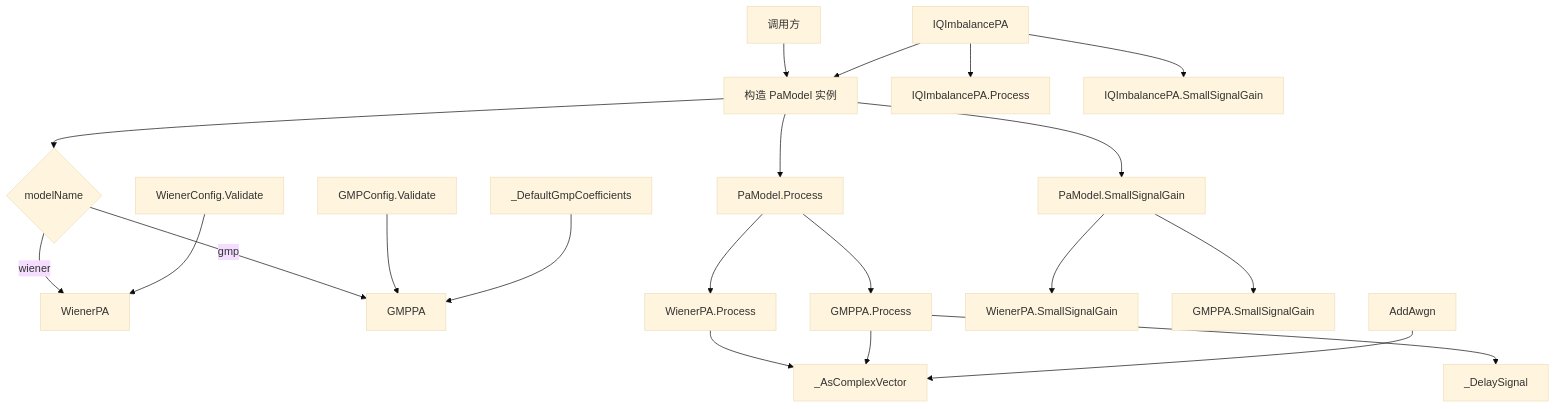
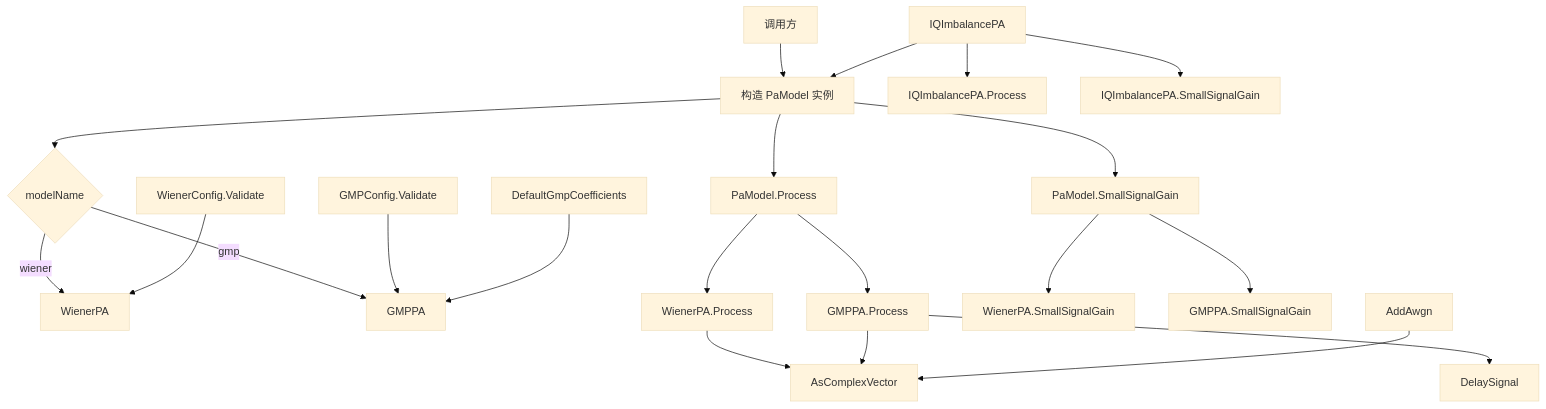
The third of 10 diagrams in README.md (niyilu45/DPD_ILC), drawn with Mermaid (base theme) before and after one commit. The commit also changed other lines of this file and 13 other files, not shown here.

````diff
--- a/README.md
+++ b/README.md
@@ -137,27 +144,27 @@
 ```mermaid
 flowchart TD
     caller["调用方"] --> pa["构造 PaModel 实例"]
     pa --> select{"modelName"}
     select -->|wiener| wiener["WienerPA"]
     select -->|gmp| gmp["GMPPA"]
     pa --> paProcess["PaModel.Process"]
     pa --> paGain["PaModel.SmallSignalGain"]
     paProcess --> wienerProcess["WienerPA.Process"]
     paProcess --> gmpProcess["GMPPA.Process"]
     paGain --> wienerGain["WienerPA.SmallSignalGain"]
     paGain --> gmpGain["GMPPA.SmallSignalGain"]
 
     wienerConfig["WienerConfig.Validate"] --> wiener
-    wienerProcess --> asComplex["_AsComplexVector"]
+    wienerProcess --> asComplex["AsComplexVector"]
 
     gmpConfig["GMPConfig.Validate"] --> gmp
-    defaults["_DefaultGmpCoefficients"] --> gmp
+    defaults["DefaultGmpCoefficients"] --> gmp
     gmpProcess --> asComplex
-    gmpProcess --> delay["_DelaySignal"]
+    gmpProcess --> delay["DelaySignal"]
 
     iq["IQImbalancePA"] --> pa
     iq --> wrappedProcess["IQImbalancePA.Process"]
     iq --> iqGain["IQImbalancePA.SmallSignalGain"]
 
     awgn["AddAwgn"] --> asComplex
 ```
````
